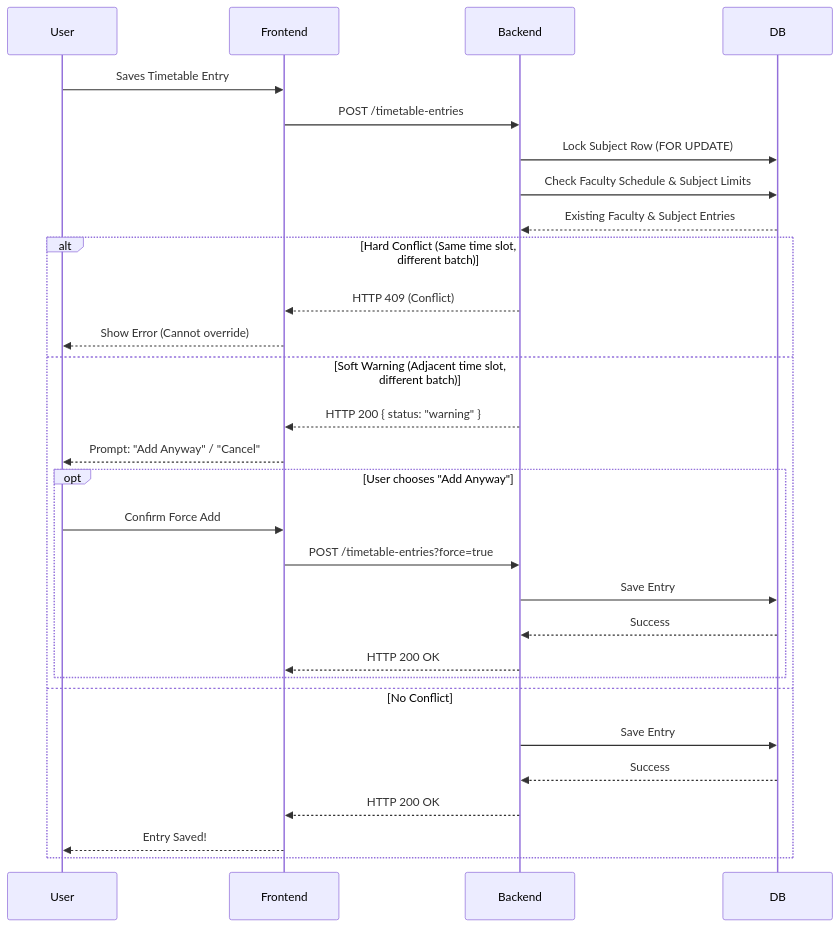
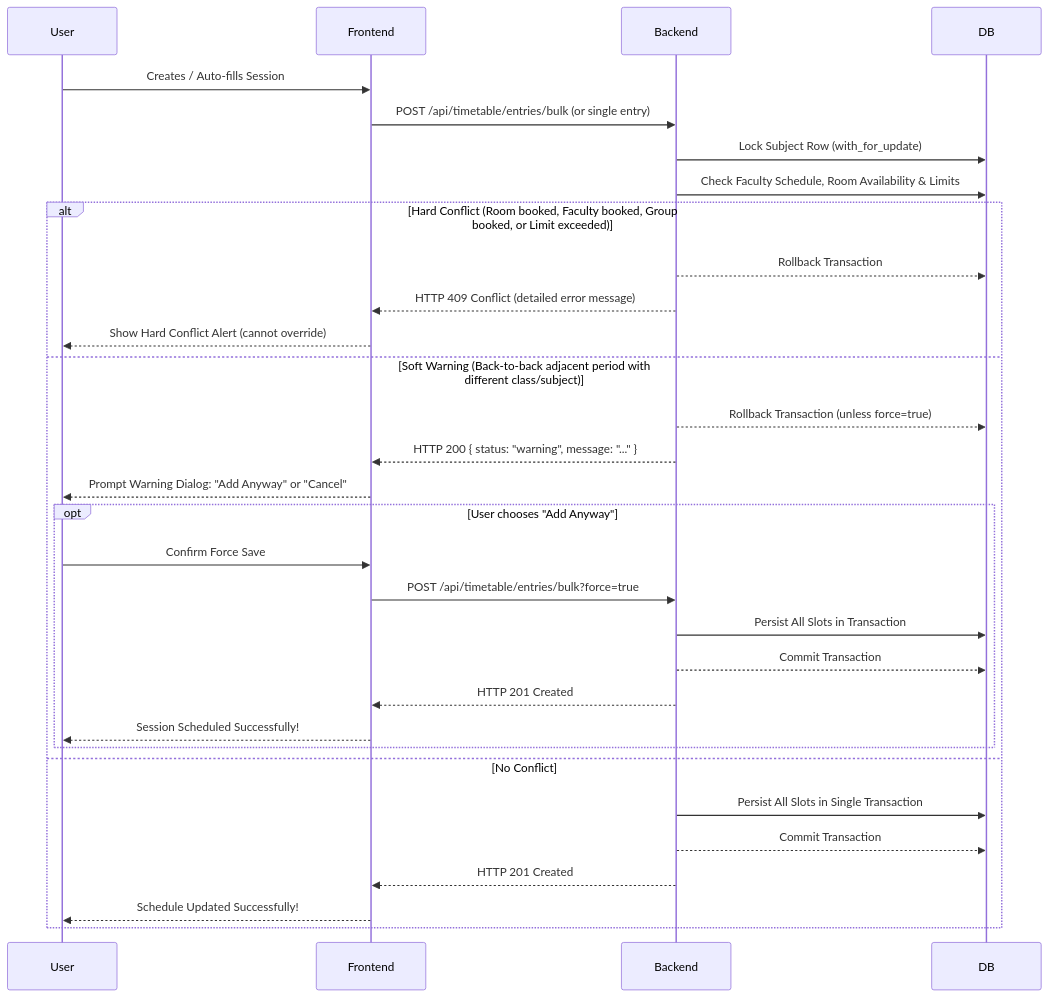
One commit to AnkitaKumariii/TimeTable changed the third of 3 diagrams in architecture.md. Above: the diagram before and after it, drawn with Mermaid. The commit also changed other lines of this file and 15 other files, not shown here.

Commit message:
feat: transactional lab auto-fill, group styles, slot locking, and safe subject updates

````diff
--- a/architecture.md
+++ b/architecture.md
@@ -107,33 +138,35 @@
 ```mermaid
 sequenceDiagram
     participant User
     participant Frontend
     participant Backend
     participant DB
 
-    User->>Frontend: Saves Timetable Entry
-    Frontend->>Backend: POST /timetable-entries
-    Backend->>DB: Lock Subject Row (FOR UPDATE)
-    Backend->>DB: Check Faculty Schedule & Subject Limits
-    DB-->>Backend: Existing Faculty & Subject Entries
+    User->>Frontend: Creates / Auto-fills Session
+    Frontend->>Backend: POST /api/timetable/entries/bulk (or single entry)
+    Backend->>DB: Lock Subject Row (with_for_update)
+    Backend->>DB: Check Faculty Schedule, Room Availability & Limits
 
-    alt Hard Conflict (Same time slot, different batch)
-        Backend-->>Frontend: HTTP 409 (Conflict)
-        Frontend-->>User: Show Error (Cannot override)
-    else Soft Warning (Adjacent time slot, different batch)
-        Backend-->>Frontend: HTTP 200 { status: "warning" }
-        Frontend-->>User: Prompt: "Add Anyway" / "Cancel"
+    alt Hard Conflict (Room booked, Faculty booked, Group booked, or Limit exceeded)
+        Backend-->>DB: Rollback Transaction
+        Backend-->>Frontend: HTTP 409 Conflict (detailed error message)
+        Frontend-->>User: Show Hard Conflict Alert (cannot override)
+    else Soft Warning (Back-to-back adjacent period with different class/subject)
+        Backend-->>DB: Rollback Transaction (unless force=true)
+        Backend-->>Frontend: HTTP 200 { status: "warning", message: "..." }
+        Frontend-->>User: Prompt Warning Dialog: "Add Anyway" or "Cancel"
         opt User chooses "Add Anyway"
-            User->>Frontend: Confirm Force Add
-            Frontend->>Backend: POST /timetable-entries?force=true
-            Backend->>DB: Save Entry
-            DB-->>Backend: Success
-            Backend-->>Frontend: HTTP 200 OK
+            User->>Frontend: Confirm Force Save
+            Frontend->>Backend: POST /api/timetable/entries/bulk?force=true
+            Backend->>DB: Persist All Slots in Transaction
+            Backend-->>DB: Commit Transaction
+            Backend-->>Frontend: HTTP 201 Created
+            Frontend-->>User: Session Scheduled Successfully!
         end
     else No Conflict
-        Backend->>DB: Save Entry
-        DB-->>Backend: Success
-        Backend-->>Frontend: HTTP 200 OK
-        Frontend-->>User: Entry Saved!
+        Backend->>DB: Persist All Slots in Single Transaction
+        Backend-->>DB: Commit Transaction
+        Backend-->>Frontend: HTTP 201 Created
+        Frontend-->>User: Schedule Updated Successfully!
     end
 ```
````
